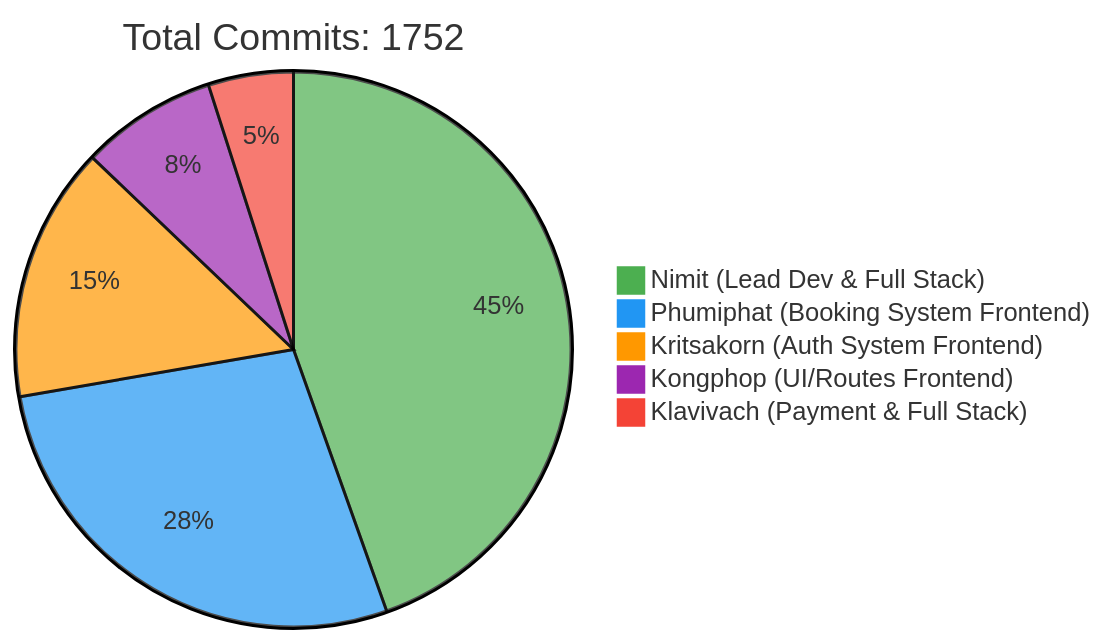
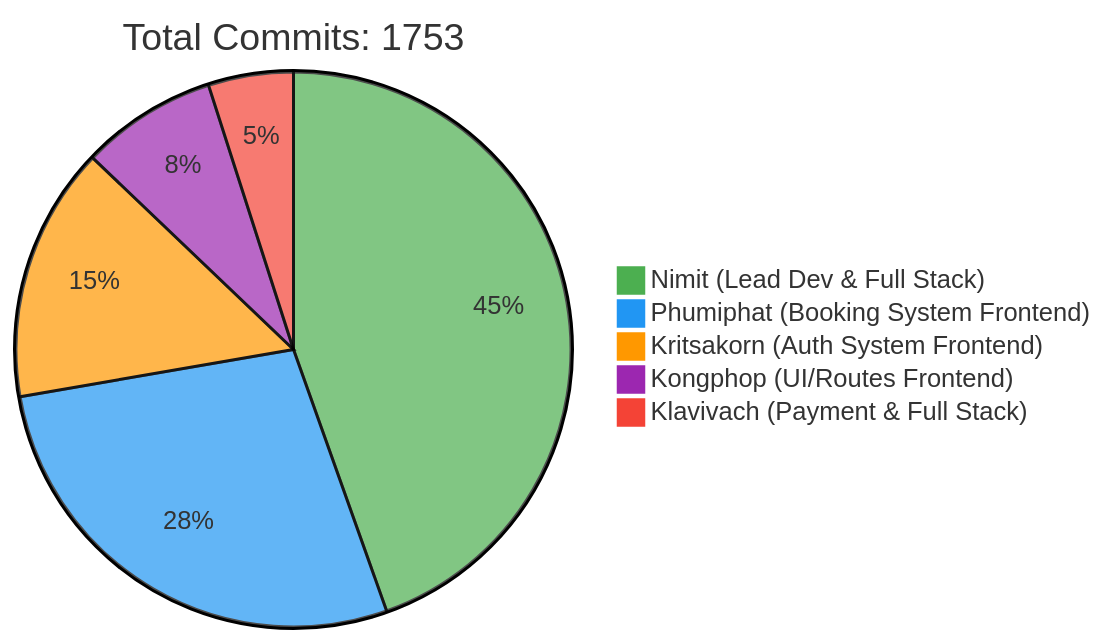
The first of 2 diagrams in README.md (6531503042/Sport-Complex), drawn with Mermaid before and after one commit. The commit also changed other lines of this file, not shown here.

Commit message:
docs: Update contributor statistics [skip ci]

````diff
--- a/README.md
+++ b/README.md
@@ -257,10 +257,10 @@
 ```mermaid
 %%{init: {'theme': 'base', 'themeVariables': { 'pie1': '#4CAF50', 'pie2': '#2196F3', 'pie3': '#FF9800', 'pie4': '#9C27B0', 'pie5': '#F44336'}}}%%
 pie
-    title Total Commits: 1752
+    title Total Commits: 1753
     "Nimit (Lead Dev & Full Stack)" : 450
     "Phumiphat (Booking System Frontend)" : 280
     "Kritsakorn (Auth System Frontend)" : 150
     "Kongphop (UI/Routes Frontend)" : 80
     "Klavivach (Payment & Full Stack)" : 50
 ```
````
